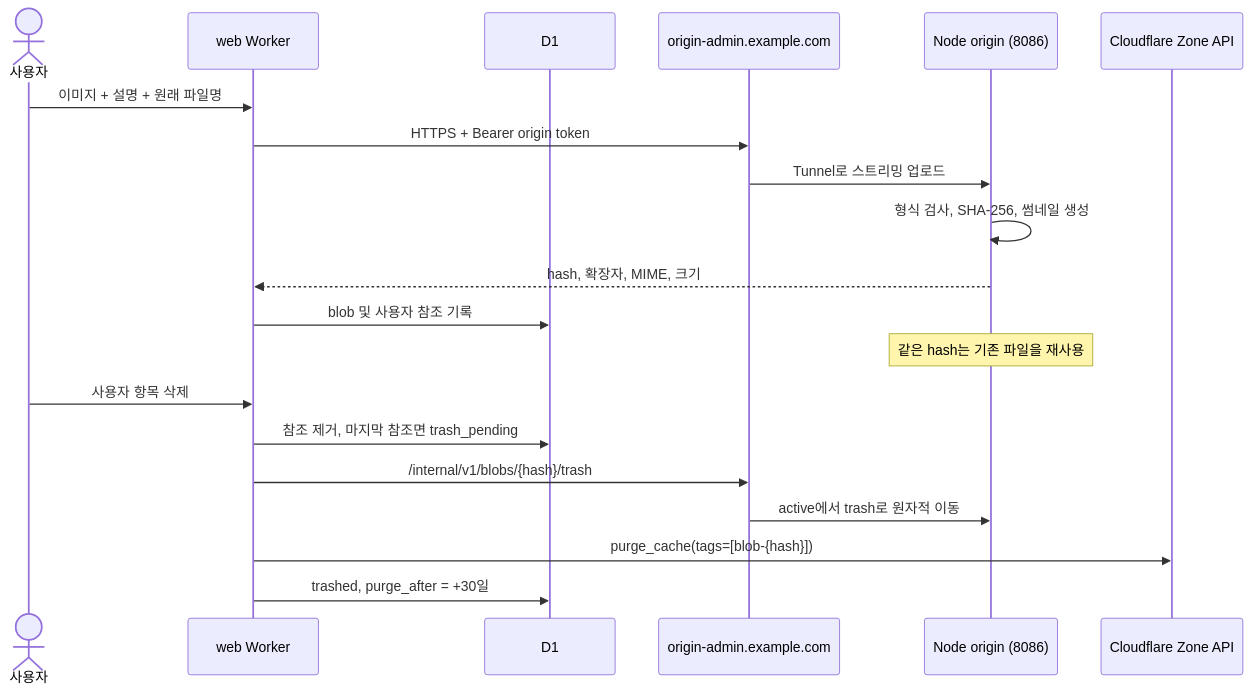
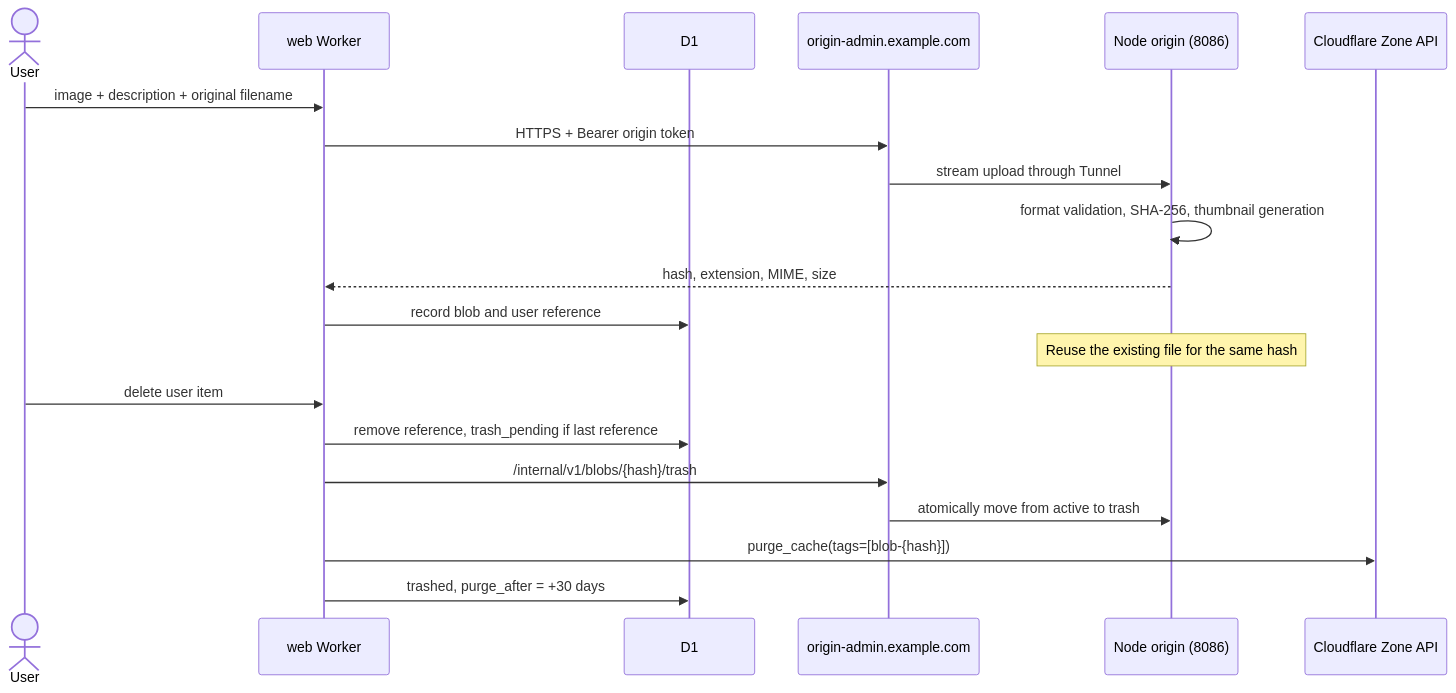
Before and after one commit to octopus7/meme: the third of 4 diagrams in docs/architecture.md, drawn with Mermaid. The commit also changed other lines of this file and 23 other files, not shown here.

````diff
--- a/docs/architecture.md
+++ b/docs/architecture.md
@@ -83,24 +71,24 @@
 ```mermaid
 sequenceDiagram
-    actor U as 사용자
+    actor U as User
     participant W as web Worker
     participant D as D1
     participant A as origin-admin.example.com
     participant O as Node origin (8086)
     participant C as Cloudflare Zone API
 
-    U->>W: 이미지 + 설명 + 원래 파일명
+    U->>W: image + description + original filename
     W->>A: HTTPS + Bearer origin token
-    A->>O: Tunnel로 스트리밍 업로드
-    O->>O: 형식 검사, SHA-256, 썸네일 생성
-    O-->>W: hash, 확장자, MIME, 크기
-    W->>D: blob 및 사용자 참조 기록
-    Note over O: 같은 hash는 기존 파일을 재사용
+    A->>O: stream upload through Tunnel
+    O->>O: format validation, SHA-256, thumbnail generation
+    O-->>W: hash, extension, MIME, size
+    W->>D: record blob and user reference
+    Note over O: Reuse the existing file for the same hash
 
-    U->>W: 사용자 항목 삭제
-    W->>D: 참조 제거, 마지막 참조면 trash_pending
+    U->>W: delete user item
+    W->>D: remove reference, trash_pending if last reference
     W->>A: /internal/v1/blobs/{hash}/trash
-    A->>O: active에서 trash로 원자적 이동
+    A->>O: atomically move from active to trash
     W->>C: purge_cache(tags=[blob-{hash}])
-    W->>D: trashed, purge_after = +30일
+    W->>D: trashed, purge_after = +30 days
 ```
````
